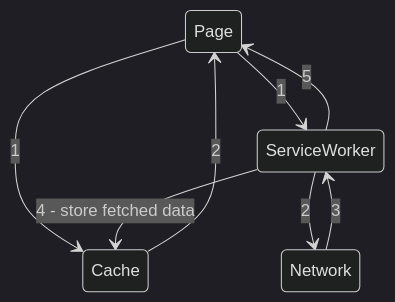
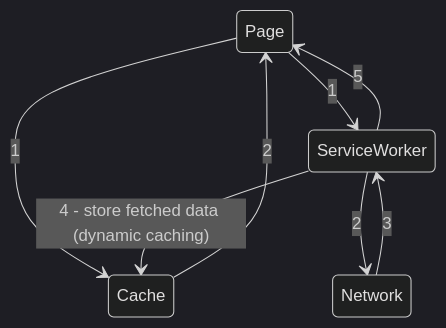
One commit to AliNisarAhmed/my-notes changed the sixth of 6 diagrams in PWA/PWA.md. Above: the diagram before and after it, drawn with Mermaid (dark theme). The commit also changed other lines of this file and 3 other files, not shown here.

````diff
--- a/PWA/PWA.md
+++ b/PWA/PWA.md
@@ -263,10 +269,10 @@
 ```mermaid
 stateDiagram-v2
     Page --> Cache: 1
     Cache --> Page: 2
     Page --> ServiceWorker: 1
     ServiceWorker --> Network: 2
     Network --> ServiceWorker: 3
-    ServiceWorker --> Cache: 4 - store fetched data
+    ServiceWorker --> Cache: 4 - store fetched data (dynamic caching)
     ServiceWorker --> Page: 5
 ```
````
